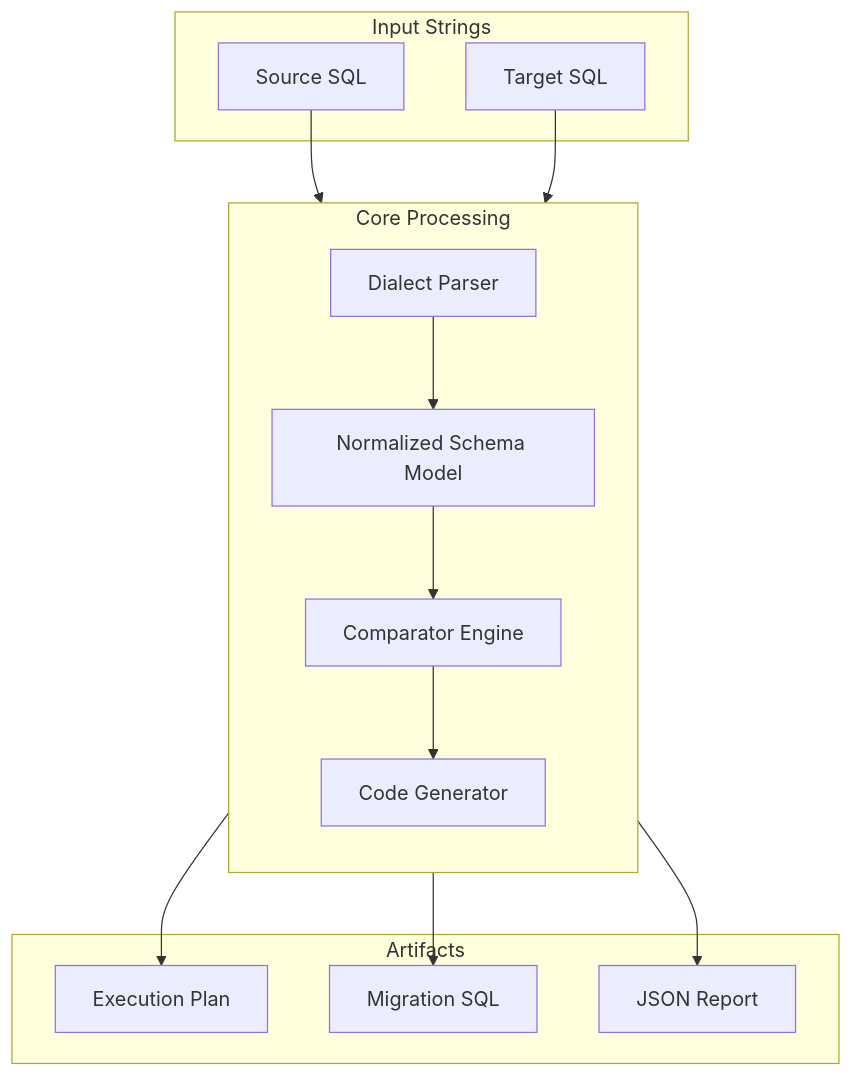
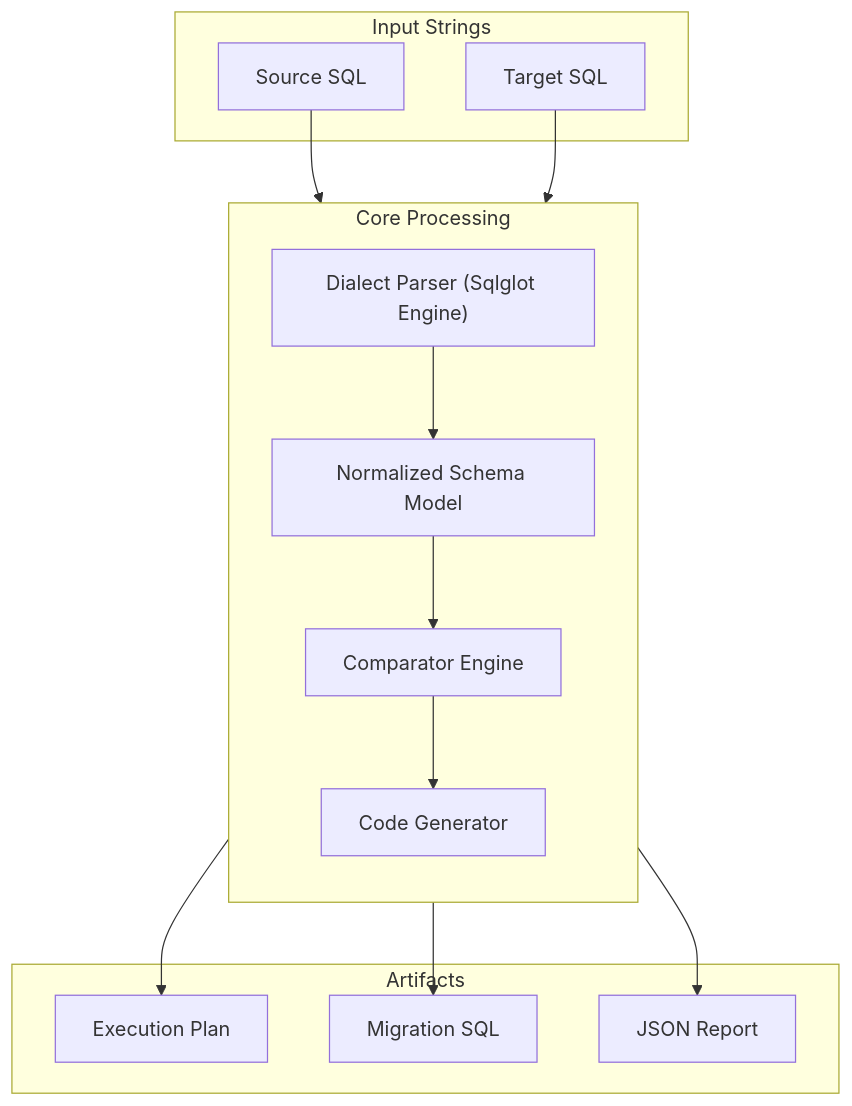
The diagram in README.md (structlabsinc/schemaforge), drawn with Mermaid before and after one commit. The commit also changed other lines of this file and 87 other files, not shown here.

````diff
--- a/README.md
+++ b/README.md
@@ -150,30 +151,30 @@
 ```mermaid
 flowchart TB
     subgraph Input["Input Strings"]
         Src["Source SQL"]
         Tgt["Target SQL"]
     end
 
     subgraph Core["Core Processing"]
         direction TB
-        Parser["Dialect Parser"]
+        Parser["Dialect Parser (Sqlglot Engine)"]
         Model["Normalized Schema Model"]
         Diff["Comparator Engine"]
         Gen["Code Generator"]
     end
 
     subgraph Output["Artifacts"]
         Plan["Execution Plan"]
         SQL["Migration SQL"]
         JSON["JSON Report"]
     end
 
     Src --> Parser
     Tgt --> Parser
     Parser --> Model
     Model --> Diff
     Diff --> Gen
     Gen --> Plan
     Gen --> SQL
     Gen --> JSON
 ```
````
